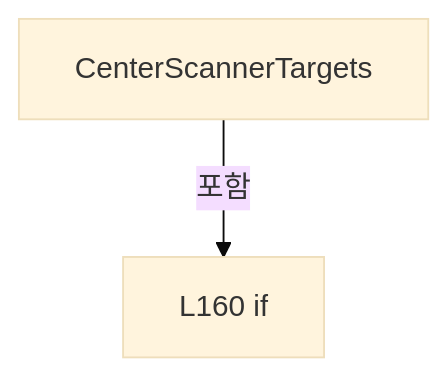
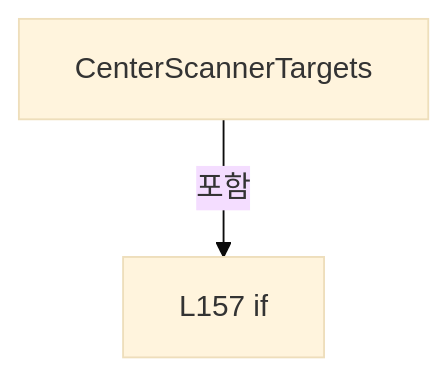
One commit to kjuws10-rgb/Shared changed the tenth of 16 diagrams in A3 LD Code Ref/files/Drilling.Common/Correction/CDefaultOffsetCalibration.cs.md. Above: the diagram before and after it, drawn with Mermaid (base theme). The commit also changed other lines of this file and 2071 other files, not shown here.

Commit message:
docs(a3): update 11.19.0 architecture and code reference

````diff
--- a/A3 LD Code Ref/files/Drilling.Common/Correction/CDefaultOffsetCalibration.cs.md
+++ b/A3 LD Code Ref/files/Drilling.Common/Correction/CDefaultOffsetCalibration.cs.md
@@ -1042,6 +1042,6 @@
 ```mermaid
 flowchart TD
  M["CenterScannerTargets"]
- N0["L160 if"]
+ N0["L157 if"]
  M -->|포함| N0
 ```
````
